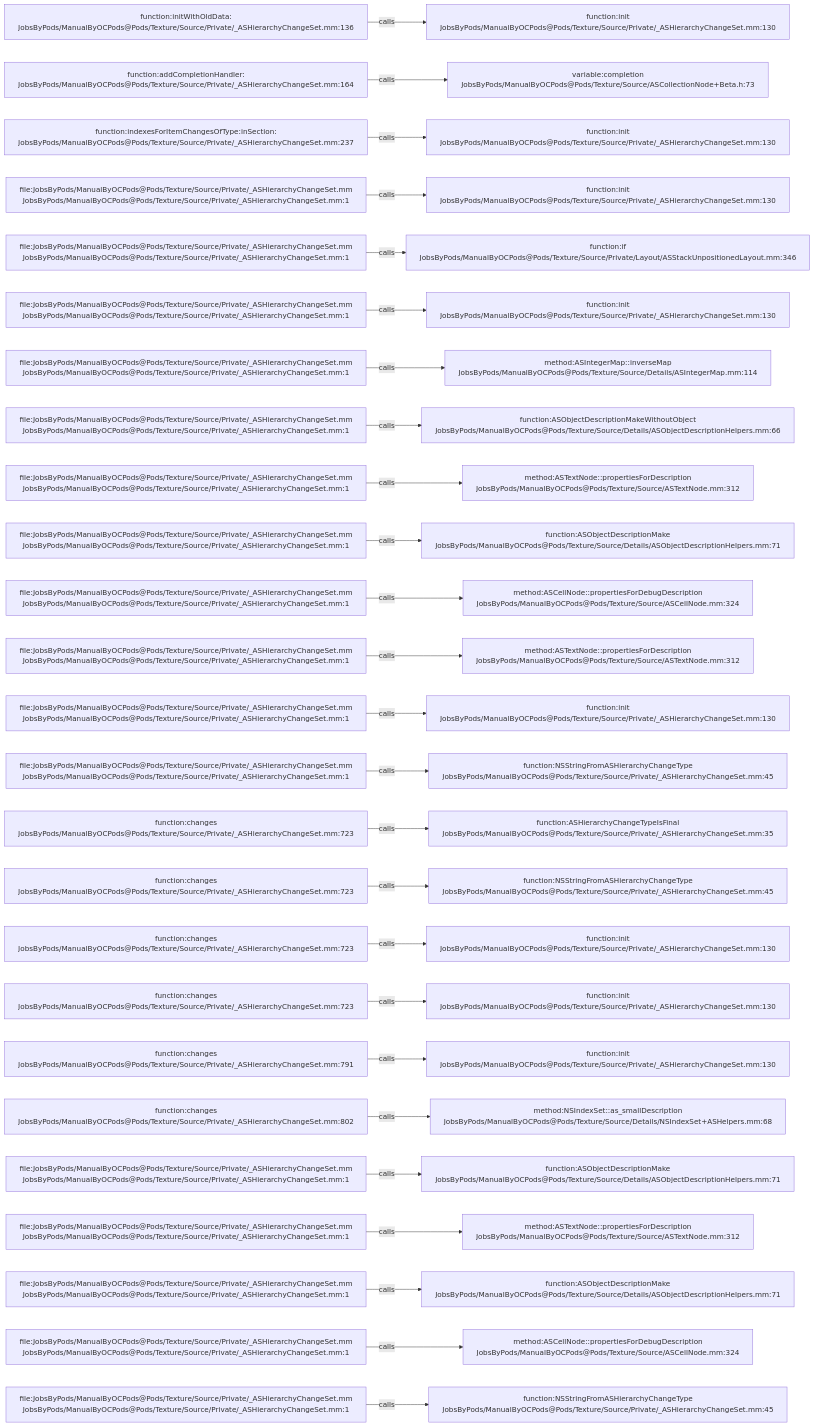
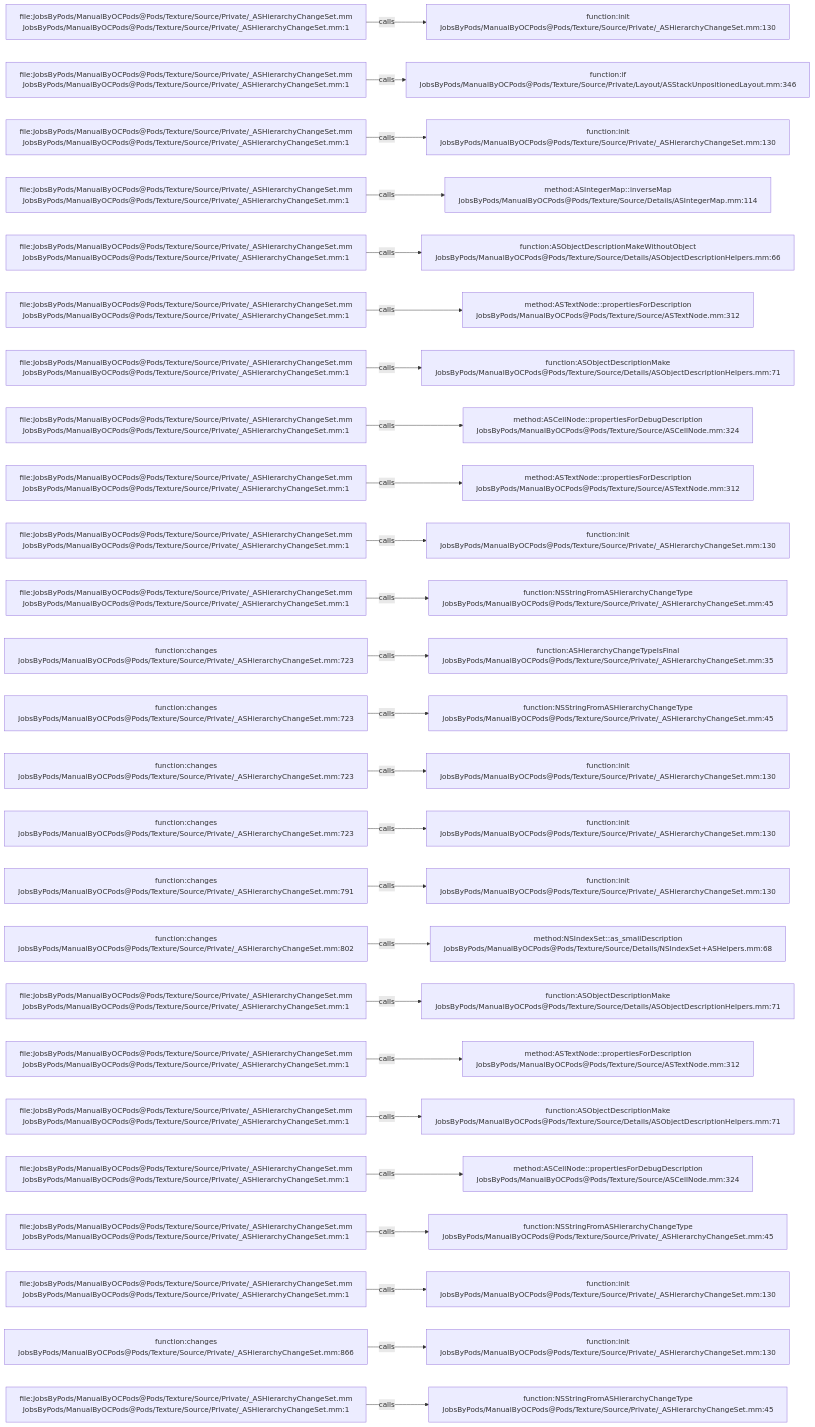
One commit to JobsKits/JobsOCBaseConfigDemo changed the diagram in .codegraph/codegraph.md/graphs/calls-200.md. Above: the diagram before and after it, drawn with Mermaid. The commit also changed 342 other files, not shown here.

````diff
--- a/.codegraph/codegraph.md/graphs/calls-200.md
+++ b/.codegraph/codegraph.md/graphs/calls-200.md
@@ -13,78 +13,78 @@
 ```mermaid
 flowchart LR
-  S1["function:initWithOldData:<br/>JobsByPods/ManualByOCPods@Pods/Texture/Source/Private/_ASHierarchyChangeSet.mm:136"]
+  S1["file:JobsByPods/ManualByOCPods@Pods/Texture/Source/Private/_ASHierarchyChangeSet.mm<br/>JobsByPods/ManualByOCPods@Pods/Texture/Source/Private/_ASHierarchyChangeSet.mm:1"]
   T1["function:init<br/>JobsByPods/ManualByOCPods@Pods/Texture/Source/Private/_ASHierarchyChangeSet.mm:130"]
   S1 -->|calls| T1
-  S2["function:addCompletionHandler:<br/>JobsByPods/ManualByOCPods@Pods/Texture/Source/Private/_ASHierarchyChangeSet.mm:164"]
-  T2["variable:completion<br/>JobsByPods/ManualByOCPods@Pods/Texture/Source/ASCollectionNode+Beta.h:73"]
+  S2["file:JobsByPods/ManualByOCPods@Pods/Texture/Source/Private/_ASHierarchyChangeSet.mm<br/>JobsByPods/ManualByOCPods@Pods/Texture/Source/Private/_ASHierarchyChangeSet.mm:1"]
+  T2["function:if<br/>JobsByPods/ManualByOCPods@Pods/Texture/Source/Private/Layout/ASStackUnpositionedLayout.mm:346"]
   S2 -->|calls| T2
-  S3["function:indexesForItemChangesOfType:inSection:<br/>JobsByPods/ManualByOCPods@Pods/Texture/Source/Private/_ASHierarchyChangeSet.mm:237"]
+  S3["file:JobsByPods/ManualByOCPods@Pods/Texture/Source/Private/_ASHierarchyChangeSet.mm<br/>JobsByPods/ManualByOCPods@Pods/Texture/Source/Private/_ASHierarchyChangeSet.mm:1"]
   T3["function:init<br/>JobsByPods/ManualByOCPods@Pods/Texture/Source/Private/_ASHierarchyChangeSet.mm:130"]
   S3 -->|calls| T3
   S4["file:JobsByPods/ManualByOCPods@Pods/Texture/Source/Private/_ASHierarchyChangeSet.mm<br/>JobsByPods/ManualByOCPods@Pods/Texture/Source/Private/_ASHierarchyChangeSet.mm:1"]
-  T4["function:init<br/>JobsByPods/ManualByOCPods@Pods/Texture/Source/Private/_ASHierarchyChangeSet.mm:130"]
+  T4["method:ASIntegerMap::inverseMap<br/>JobsByPods/ManualByOCPods@Pods/Texture/Source/Details/ASIntegerMap.mm:114"]
   S4 -->|calls| T4
   S5["file:JobsByPods/ManualByOCPods@Pods/Texture/Source/Private/_ASHierarchyChangeSet.mm<br/>JobsByPods/ManualByOCPods@Pods/Texture/Source/Private/_ASHierarchyChangeSet.mm:1"]
-  T5["function:if<br/>JobsByPods/ManualByOCPods@Pods/Texture/Source/Private/Layout/ASStackUnpositionedLayout.mm:346"]
+  T5["function:ASObjectDescriptionMakeWithoutObject<br/>JobsByPods/ManualByOCPods@Pods/Texture/Source/Details/ASObjectDescriptionHelpers.mm:66"]
   S5 -->|calls| T5
   S6["file:JobsByPods/ManualByOCPods@Pods/Texture/Source/Private/_ASHierarchyChangeSet.mm<br/>JobsByPods/ManualByOCPods@Pods/Texture/Source/Private/_ASHierarchyChangeSet.mm:1"]
-  T6["function:init<br/>JobsByPods/ManualByOCPods@Pods/Texture/Source/Private/_ASHierarchyChangeSet.mm:130"]
+  T6["method:ASTextNode::propertiesForDescription<br/>JobsByPods/ManualByOCPods@Pods/Texture/Source/ASTextNode.mm:312"]
   S6 -->|calls| T6
   S7["file:JobsByPods/ManualByOCPods@Pods/Texture/Source/Private/_ASHierarchyChangeSet.mm<br/>JobsByPods/ManualByOCPods@Pods/Texture/Source/Private/_ASHierarchyChangeSet.mm:1"]
-  T7["method:ASIntegerMap::inverseMap<br/>JobsByPods/ManualByOCPods@Pods/Texture/Source/Details/ASIntegerMap.mm:114"]
+  T7["function:ASObjectDescriptionMake<br/>JobsByPods/ManualByOCPods@Pods/Texture/Source/Details/ASObjectDescriptionHelpers.mm:71"]
   S7 -->|calls| T7
   S8["file:JobsByPods/ManualByOCPods@Pods/Texture/Source/Private/_ASHierarchyChangeSet.mm<br/>JobsByPods/ManualByOCPods@Pods/Texture/Source/Private/_ASHierarchyChangeSet.mm:1"]
-  T8["function:ASObjectDescriptionMakeWithoutObject<br/>JobsByPods/ManualByOCPods@Pods/Texture/Source/Details/ASObjectDescriptionHelpers.mm:66"]
+  T8["method:ASCellNode::propertiesForDebugDescription<br/>JobsByPods/ManualByOCPods@Pods/Texture/Source/ASCellNode.mm:324"]
   S8 -->|calls| T8
   S9["file:JobsByPods/ManualByOCPods@Pods/Texture/Source/Private/_ASHierarchyChangeSet.mm<br/>JobsByPods/ManualByOCPods@Pods/Texture/Source/Private/_ASHierarchyChangeSet.mm:1"]
   T9["method:ASTextNode::propertiesForDescription<br/>JobsByPods/ManualByOCPods@Pods/Texture/Source/ASTextNode.mm:312"]
   S9 -->|calls| T9
   S10["file:JobsByPods/ManualByOCPods@Pods/Texture/Source/Private/_ASHierarchyChangeSet.mm<br/>JobsByPods/ManualByOCPods@Pods/Texture/Source/Private/_ASHierarchyChangeSet.mm:1"]
-  T10["function:ASObjectDescriptionMake<br/>JobsByPods/ManualByOCPods@Pods/Texture/Source/Details/ASObjectDescriptionHelpers.mm:71"]
+  T10["function:init<br/>JobsByPods/ManualByOCPods@Pods/Texture/Source/Private/_ASHierarchyChangeSet.mm:130"]
   S10 -->|calls| T10
   S11["file:JobsByPods/ManualByOCPods@Pods/Texture/Source/Private/_ASHierarchyChangeSet.mm<br/>JobsByPods/ManualByOCPods@Pods/Texture/Source/Private/_ASHierarchyChangeSet.mm:1"]
-  T11["method:ASCellNode::propertiesForDebugDescription<br/>JobsByPods/ManualByOCPods@Pods/Texture/Source/ASCellNode.mm:324"]
+  T11["function:NSStringFromASHierarchyChangeType<br/>JobsByPods/ManualByOCPods@Pods/Texture/Source/Private/_ASHierarchyChangeSet.mm:45"]
   S11 -->|calls| T11
-  S12["file:JobsByPods/ManualByOCPods@Pods/Texture/Source/Private/_ASHierarchyChangeSet.mm<br/>JobsByPods/ManualByOCPods@Pods/Texture/Source/Private/_ASHierarchyChangeSet.mm:1"]
-  T12["method:ASTextNode::propertiesForDescription<br/>JobsByPods/ManualByOCPods@Pods/Texture/Source/ASTextNode.mm:312"]
+  S12["function:changes<br/>JobsByPods/ManualByOCPods@Pods/Texture/Source/Private/_ASHierarchyChangeSet.mm:723"]
+  T12["function:ASHierarchyChangeTypeIsFinal<br/>JobsByPods/ManualByOCPods@Pods/Texture/Source/Private/_ASHierarchyChangeSet.mm:35"]
   S12 -->|calls| T12
-  S13["file:JobsByPods/ManualByOCPods@Pods/Texture/Source/Private/_ASHierarchyChangeSet.mm<br/>JobsByPods/ManualByOCPods@Pods/Texture/Source/Private/_ASHierarchyChangeSet.mm:1"]
-  T13["function:init<br/>JobsByPods/ManualByOCPods@Pods/Texture/Source/Private/_ASHierarchyChangeSet.mm:130"]
+  S13["function:changes<br/>JobsByPods/ManualByOCPods@Pods/Texture/Source/Private/_ASHierarchyChangeSet.mm:723"]
+  T13["function:NSStringFromASHierarchyChangeType<br/>JobsByPods/ManualByOCPods@Pods/Texture/Source/Private/_ASHierarchyChangeSet.mm:45"]
   S13 -->|calls| T13
-  S14["file:JobsByPods/ManualByOCPods@Pods/Texture/Source/Private/_ASHierarchyChangeSet.mm<br/>JobsByPods/ManualByOCPods@Pods/Texture/Source/Private/_ASHierarchyChangeSet.mm:1"]
-  T14["function:NSStringFromASHierarchyChangeType<br/>JobsByPods/ManualByOCPods@Pods/Texture/Source/Private/_ASHierarchyChangeSet.mm:45"]
+  S14["function:changes<br/>JobsByPods/ManualByOCPods@Pods/Texture/Source/Private/_ASHierarchyChangeSet.mm:723"]
+  T14["function:init<br/>JobsByPods/ManualByOCPods@Pods/Texture/Source/Private/_ASHierarchyChangeSet.mm:130"]
   S14 -->|calls| T14
   S15["function:changes<br/>JobsByPods/ManualByOCPods@Pods/Texture/Source/Private/_ASHierarchyChangeSet.mm:723"]
-  T15["function:ASHierarchyChangeTypeIsFinal<br/>JobsByPods/ManualByOCPods@Pods/Texture/Source/Private/_ASHierarchyChangeSet.mm:35"]
+  T15["function:init<br/>JobsByPods/ManualByOCPods@Pods/Texture/Source/Private/_ASHierarchyChangeSet.mm:130"]
   S15 -->|calls| T15
-  S16["function:changes<br/>JobsByPods/ManualByOCPods@Pods/Texture/Source/Private/_ASHierarchyChangeSet.mm:723"]
-  T16["function:NSStringFromASHierarchyChangeType<br/>JobsByPods/ManualByOCPods@Pods/Texture/Source/Private/_ASHierarchyChangeSet.mm:45"]
+  S16["function:changes<br/>JobsByPods/ManualByOCPods@Pods/Texture/Source/Private/_ASHierarchyChangeSet.mm:791"]
+  T16["function:init<br/>JobsByPods/ManualByOCPods@Pods/Texture/Source/Private/_ASHierarchyChangeSet.mm:130"]
   S16 -->|calls| T16
-  S17["function:changes<br/>JobsByPods/ManualByOCPods@Pods/Texture/Source/Private/_ASHierarchyChangeSet.mm:723"]
-  T17["function:init<br/>JobsByPods/ManualByOCPods@Pods/Texture/Source/Private/_ASHierarchyChangeSet.mm:130"]
+  S17["function:changes<br/>JobsByPods/ManualByOCPods@Pods/Texture/Source/Private/_ASHierarchyChangeSet.mm:802"]
+  T17["method:NSIndexSet::as_smallDescription<br/>JobsByPods/ManualByOCPods@Pods/Texture/Source/Details/NSIndexSet+ASHelpers.mm:68"]
   S17 -->|calls| T17
-  S18["function:changes<br/>JobsByPods/ManualByOCPods@Pods/Texture/Source/Private/_ASHierarchyChangeSet.mm:723"]
-  T18["function:init<br/>JobsByPods/ManualByOCPods@Pods/Texture/Source/Private/_ASHierarchyChangeSet.mm:130"]
+  S18["file:JobsByPods/ManualByOCPods@Pods/Texture/Source/Private/_ASHierarchyChangeSet.mm<br/>JobsByPods/ManualByOCPods@Pods/Texture/Source/Private/_ASHierarchyChangeSet.mm:1"]
+  T18["function:ASObjectDescriptionMake<br/>JobsByPods/ManualByOCPods@Pods/Texture/Source/Details/ASObjectDescriptionHelpers.mm:71"]
   S18 -->|calls| T18
-  S19["function:changes<br/>JobsByPods/ManualByOCPods@Pods/Texture/Source/Private/_ASHierarchyChangeSet.mm:791"]
-  T19["function:init<br/>JobsByPods/ManualByOCPods@Pods/Texture/Source/Private/_ASHierarchyChangeSet.mm:130"]
+  S19["file:JobsByPods/ManualByOCPods@Pods/Texture/Source/Private/_ASHierarchyChangeSet.mm<br/>JobsByPods/ManualByOCPods@Pods/Texture/Source/Private/_ASHierarchyChangeSet.mm:1"]
+  T19["method:ASTextNode::propertiesForDescription<br/>JobsByPods/ManualByOCPods@Pods/Texture/Source/ASTextNode.mm:312"]
   S19 -->|calls| T19
-  S20["function:changes<br/>JobsByPods/ManualByOCPods@Pods/Texture/Source/Private/_ASHierarchyChangeSet.mm:802"]
-  T20["method:NSIndexSet::as_smallDescription<br/>JobsByPods/ManualByOCPods@Pods/Texture/Source/Details/NSIndexSet+ASHelpers.mm:68"]
+  S20["file:JobsByPods/ManualByOCPods@Pods/Texture/Source/Private/_ASHierarchyChangeSet.mm<br/>JobsByPods/ManualByOCPods@Pods/Texture/Source/Private/_ASHierarchyChangeSet.mm:1"]
+  T20["function:ASObjectDescriptionMake<br/>JobsByPods/ManualByOCPods@Pods/Texture/Source/Details/ASObjectDescriptionHelpers.mm:71"]
   S20 -->|calls| T20
   S21["file:JobsByPods/ManualByOCPods@Pods/Texture/Source/Private/_ASHierarchyChangeSet.mm<br/>JobsByPods/ManualByOCPods@Pods/Texture/Source/Private/_ASHierarchyChangeSet.mm:1"]
-  T21["function:ASObjectDescriptionMake<br/>JobsByPods/ManualByOCPods@Pods/Texture/Source/Details/ASObjectDescriptionHelpers.mm:71"]
+  T21["method:ASCellNode::propertiesForDebugDescription<br/>JobsByPods/ManualByOCPods@Pods/Texture/Source/ASCellNode.mm:324"]
   S21 -->|calls| T21
   S22["file:JobsByPods/ManualByOCPods@Pods/Texture/Source/Private/_ASHierarchyChangeSet.mm<br/>JobsByPods/ManualByOCPods@Pods/Texture/Source/Private/_ASHierarchyChangeSet.mm:1"]
-  T22["method:ASTextNode::propertiesForDescription<br/>JobsByPods/ManualByOCPods@Pods/Texture/Source/ASTextNode.mm:312"]
+  T22["function:NSStringFromASHierarchyChangeType<br/>JobsByPods/ManualByOCPods@Pods/Texture/Source/Private/_ASHierarchyChangeSet.mm:45"]
   S22 -->|calls| T22
   S23["file:JobsByPods/ManualByOCPods@Pods/Texture/Source/Private/_ASHierarchyChangeSet.mm<br/>JobsByPods/ManualByOCPods@Pods/Texture/Source/Private/_ASHierarchyChangeSet.mm:1"]
-  T23["function:ASObjectDescriptionMake<br/>JobsByPods/ManualByOCPods@Pods/Texture/Source/Details/ASObjectDescriptionHelpers.mm:71"]
+  T23["function:init<br/>JobsByPods/ManualByOCPods@Pods/Texture/Source/Private/_ASHierarchyChangeSet.mm:130"]
   S23 -->|calls| T23
-  S24["file:JobsByPods/ManualByOCPods@Pods/Texture/Source/Private/_ASHierarchyChangeSet.mm<br/>JobsByPods/ManualByOCPods@Pods/Texture/Source/Private/_ASHierarchyChangeSet.mm:1"]
-  T24["method:ASCellNode::propertiesForDebugDescription<br/>JobsByPods/ManualByOCPods@Pods/Texture/Source/ASCellNode.mm:324"]
+  S24["function:changes<br/>JobsByPods/ManualByOCPods@Pods/Texture/Source/Private/_ASHierarchyChangeSet.mm:866"]
+  T24["function:init<br/>JobsByPods/ManualByOCPods@Pods/Texture/Source/Private/_ASHierarchyChangeSet.mm:130"]
   S24 -->|calls| T24
   S25["file:JobsByPods/ManualByOCPods@Pods/Texture/Source/Private/_ASHierarchyChangeSet.mm<br/>JobsByPods/ManualByOCPods@Pods/Texture/Source/Private/_ASHierarchyChangeSet.mm:1"]
   T25["function:NSStringFromASHierarchyChangeType<br/>JobsByPods/ManualByOCPods@Pods/Texture/Source/Private/_ASHierarchyChangeSet.mm:45"]
   S25 -->|calls| T25
 ```
````
